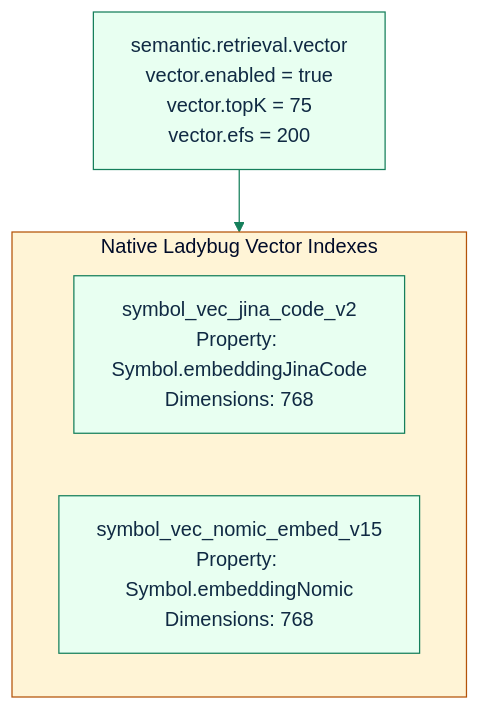
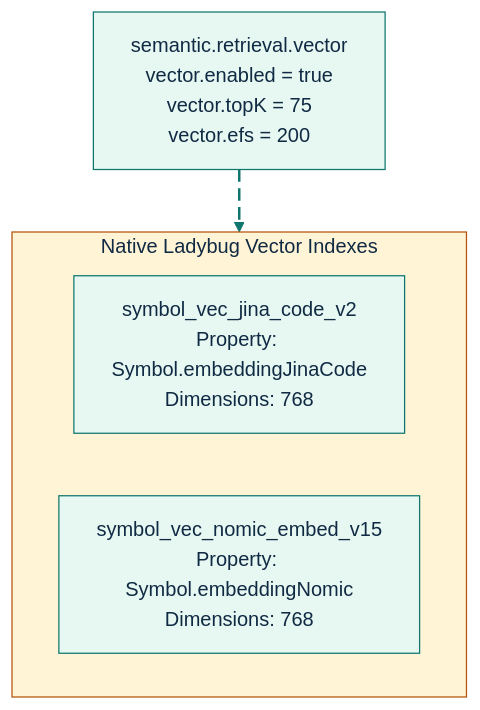
One commit to GlitterKill/sdl-mcp changed the eighth of 13 diagrams in docs/feature-deep-dives/semantic-engine.md. Above: the diagram before and after it, drawn with Mermaid. The commit also changed other lines of this file and 33 other files, not shown here.

First line of the commit message:
docs: update mermaid diagram themes and styling across documentation

````diff
--- a/docs/feature-deep-dives/semantic-engine.md
+++ b/docs/feature-deep-dives/semantic-engine.md
@@ -474,10 +539,19 @@
 ```mermaid
-%%{init: {"theme":"base","themeVariables":{"primaryColor":"#e8fff1","primaryBorderColor":"#157f5b","primaryTextColor":"#102a43","secondaryColor":"#eef6ff","secondaryBorderColor":"#2563eb","tertiaryColor":"#fff4d6","tertiaryBorderColor":"#b45309","lineColor":"#157f5b","fontFamily":"Trebuchet MS, Arial"},"flowchart":{"curve":"basis"}}}%%
+%%{init: {"theme":"base","themeVariables":{"background":"#ffffff","primaryColor":"#E7F8F2","primaryBorderColor":"#0F766E","primaryTextColor":"#102A43","secondaryColor":"#E8F1FF","secondaryBorderColor":"#2563EB","secondaryTextColor":"#102A43","tertiaryColor":"#FFF4D6","tertiaryBorderColor":"#B45309","tertiaryTextColor":"#102A43","lineColor":"#0F766E","textColor":"#102A43","fontFamily":"Inter, ui-sans-serif, system-ui, -apple-system, BlinkMacSystemFont, Segoe UI, sans-serif"},"flowchart":{"curve":"basis","htmlLabels":true}}}%%
 flowchart TD
     subgraph Indexes["Native Ladybug Vector Indexes"]
         JinaIndex["symbol_vec_jina_code_v2<br/>Property: Symbol.embeddingJinaCode<br/>Dimensions: 768"]
         NomicIndex["symbol_vec_nomic_embed_v15<br/>Property: Symbol.embeddingNomic<br/>Dimensions: 768"]
     end
 
-    Config["semantic.retrieval.vector<br/>vector.enabled = true<br/>vector.topK = 75<br/>vector.efs = 200"] --> Indexes
+    Config["semantic.retrieval.vector<br/>vector.enabled = true<br/>vector.topK = 75<br/>vector.efs = 200"] e1@--> Indexes
+
+    classDef source fill:#E7F8F2,stroke:#0F766E,stroke-width:2px,color:#102A43;
+    classDef process fill:#E8F1FF,stroke:#2563EB,stroke-width:2px,color:#102A43;
+    classDef decision fill:#FFF4D6,stroke:#B45309,stroke-width:2px,color:#102A43;
+    classDef storage fill:#F2E8FF,stroke:#7C3AED,stroke-width:2px,color:#102A43;
+    classDef output fill:#FFE8EF,stroke:#BE123C,stroke-width:2px,color:#102A43;
+    classDef muted fill:#F8FAFC,stroke:#64748B,stroke-width:1px,color:#102A43;
+    classDef animate stroke:#0F766E,stroke-width:2px,stroke-dasharray:10\,5,stroke-dashoffset:900,animation:dash 22s linear infinite;
+    class e1 animate;
 ```
````
